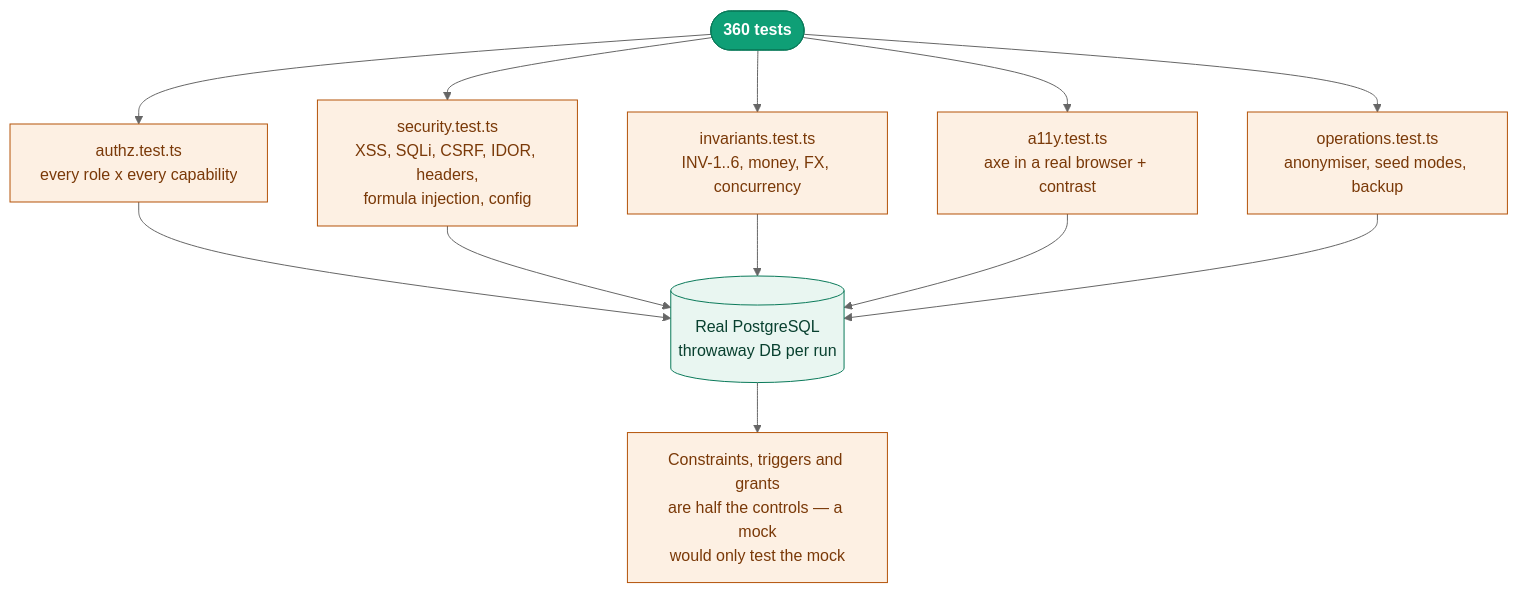
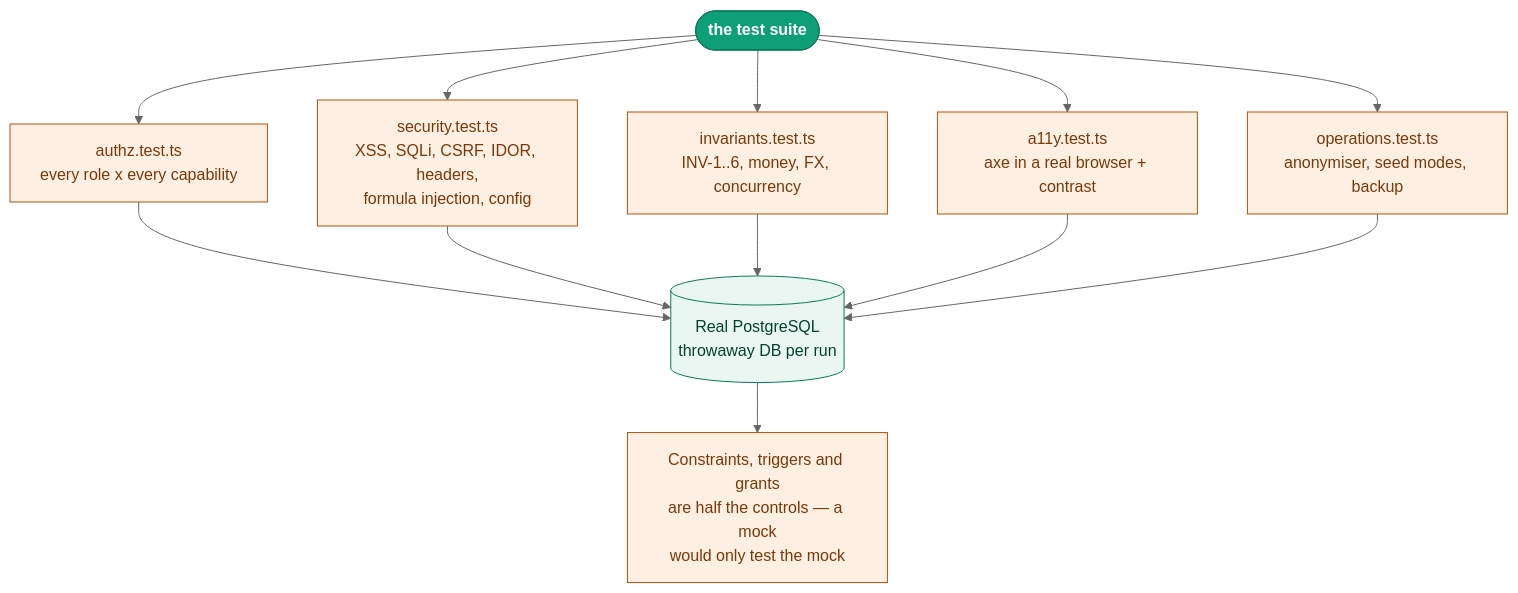
Diagram 26 of 28 in SoW/flows.md (nicpozent/budget), drawn with Mermaid (neutral theme) before and after one commit. The commit also changed 27 other files, not shown here.

````diff
--- a/SoW/flows.md
+++ b/SoW/flows.md
@@ -618,14 +618,14 @@
 ```mermaid
 graph TB
-  T(["360 tests"]):::start --> A["authz.test.ts<br/>every role x every capability"]:::ctrl
+  T(["the test suite"]):::start --> A["authz.test.ts<br/>every role x every capability"]:::ctrl
   T --> S["security.test.ts<br/>XSS, SQLi, CSRF, IDOR, headers,<br/>formula injection, config"]:::ctrl
   T --> I["invariants.test.ts<br/>INV-1..6, money, FX, concurrency"]:::ctrl
   T --> Y["a11y.test.ts<br/>axe in a real browser + contrast"]:::ctrl
   T --> O["operations.test.ts<br/>anonymiser, seed modes, backup"]:::ctrl
   A & S & I & Y & O --> PG[("Real PostgreSQL<br/>throwaway DB per run")]:::data
   PG --> WHY["Constraints, triggers and grants<br/>are half the controls — a mock<br/>would only test the mock"]:::ctrl
   classDef start fill:#0f9f76,stroke:#0b7a5a,color:#ffffff,font-weight:600;
   classDef ctrl fill:#fdf0e3,stroke:#b45309,color:#7a3908;
   classDef data fill:#e9f6f1,stroke:#0b7a5a,color:#08402f;
   classDef ext fill:#eef2f7,stroke:#55647c,color:#22303f;
 ```
````
